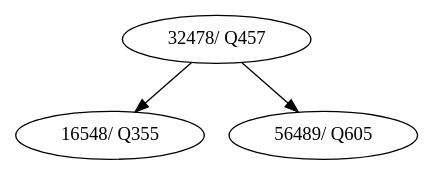
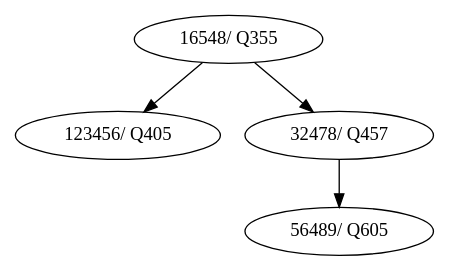
One commit to EstrellitaArmas/Proyecto2s22017_201212919 changed the diagram in SistemaPagoAVL.dot. Above: the diagram before and after it, drawn with Graphviz. The commit also changed 4 other files, not shown here.

```diff
--- a/SistemaPagoAVL.dot
+++ b/SistemaPagoAVL.dot
@@ -1,8 +1,10 @@
 digraph G{
+nodo_16548 [label="16548/ Q355"]
+nodo_16548 -> nodo_123456
+nodo_123456 [label="123456/ Q405"]
+nodo_16548 -> nodo_32478
 nodo_32478 [label="32478/ Q457"]
-nodo_32478 -> nodo_16548
-nodo_16548 [label="16548/ Q355"]
 nodo_32478 -> nodo_56489
 nodo_56489 [label="56489/ Q605"]
 
 }
```
